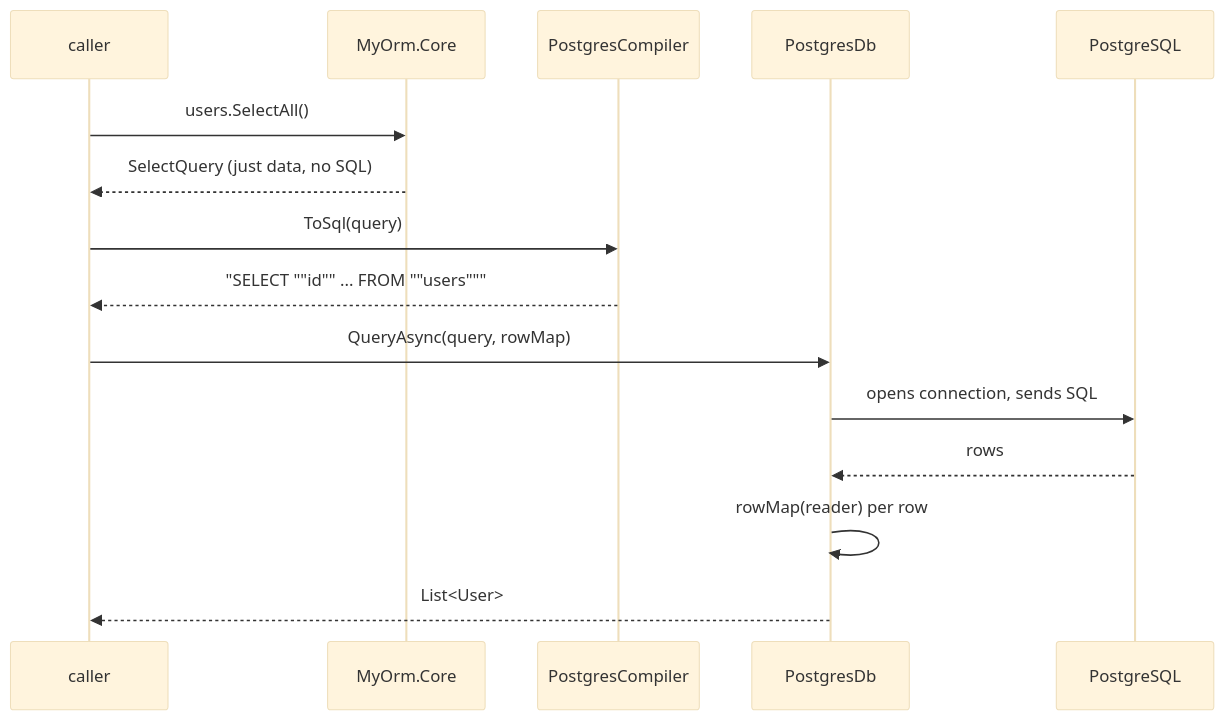
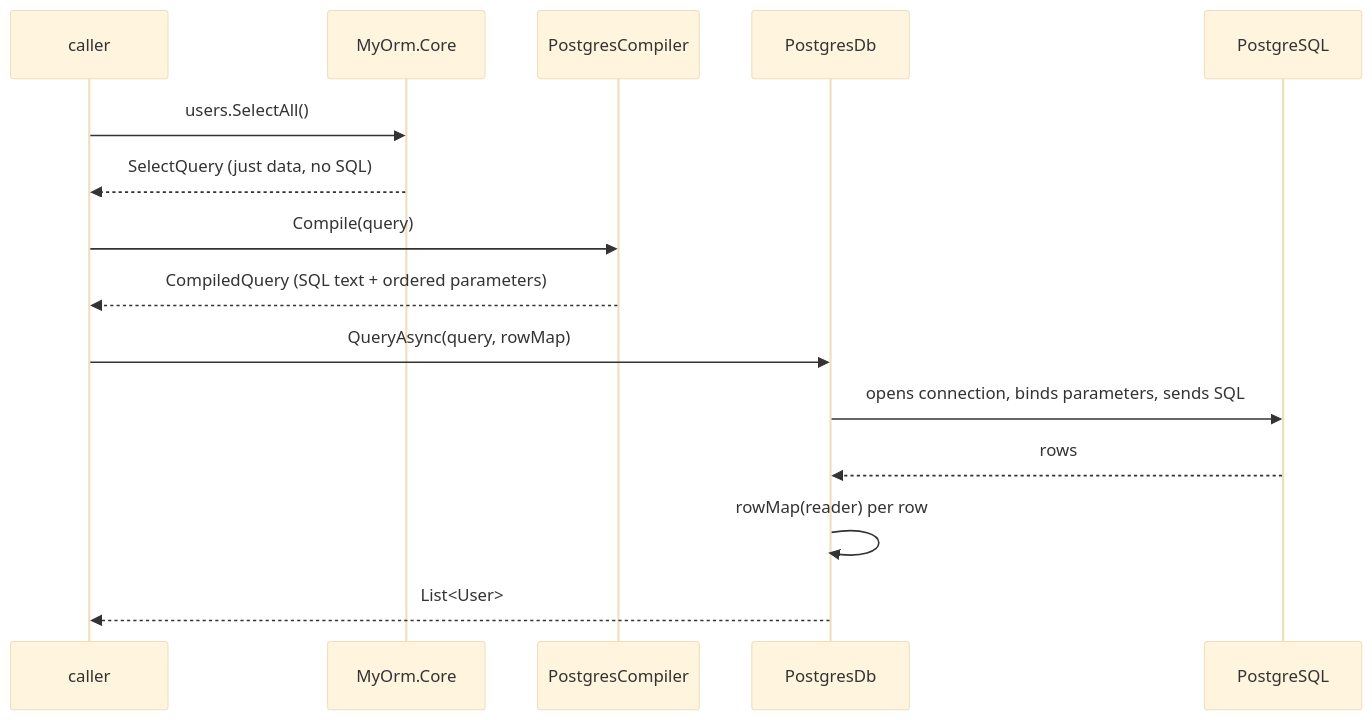
The diagram in docs/BASIC_SELECT.md (th3akii/chetah), drawn with Mermaid (base theme) before and after one commit. The commit also changed other lines of this file and 4 other files, not shown here.

````diff
--- a/docs/BASIC_SELECT.md
+++ b/docs/BASIC_SELECT.md
@@ -27,18 +29,18 @@
 ```mermaid
 sequenceDiagram
     participant U as caller
     participant Core as MyOrm.Core
     participant C as PostgresCompiler
     participant Db as PostgresDb
     participant PG as PostgreSQL
 
     U->>Core: users.SelectAll()
     Core-->>U: SelectQuery (just data, no SQL)
-    U->>C: ToSql(query)
-    C-->>U: "SELECT ""id"" ... FROM ""users"""
+    U->>C: Compile(query)
+    C-->>U: CompiledQuery (SQL text + ordered parameters)
     U->>Db: QueryAsync(query, rowMap)
-    Db->>PG: opens connection, sends SQL
+    Db->>PG: opens connection, binds parameters, sends SQL
     PG-->>Db: rows
     Db->>Db: rowMap(reader) per row
     Db-->>U: List<User>
 ```
````
